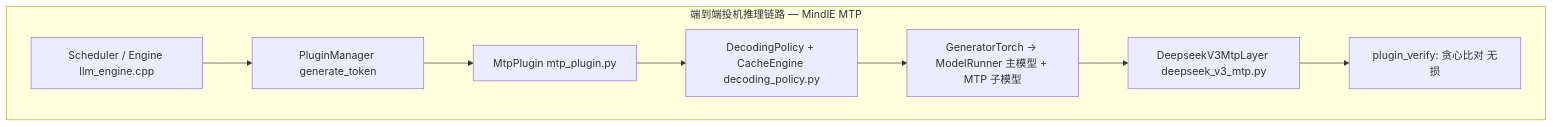
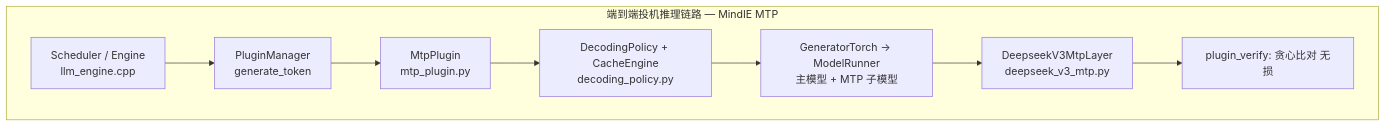
The second of 2 diagrams in docs/topics/speculative-decoding.md (Lyr-GW/interview-docs), drawn with Mermaid before and after one commit. The commit also changed other lines of this file and 3 other files, not shown here.

````diff
--- a/docs/topics/speculative-decoding.md
+++ b/docs/topics/speculative-decoding.md
@@ -39,13 +35,13 @@
 ```mermaid
 flowchart TB
     subgraph MindIE_MTP[端到端投机推理链路 — MindIE MTP]
-        A[Scheduler / Engine llm_engine.cpp]
-        B[PluginManager generate_token]
-        C[MtpPlugin mtp_plugin.py]
-        D[DecodingPolicy + CacheEngine decoding_policy.py]
-        E[GeneratorTorch → ModelRunner 主模型 + MTP 子模型]
-        F[DeepseekV3MtpLayer deepseek_v3_mtp.py]
+        A[Scheduler / Engine<br/>llm_engine.cpp]
+        B[PluginManager<br/>generate_token]
+        C[MtpPlugin<br/>mtp_plugin.py]
+        D[DecodingPolicy + CacheEngine<br/>decoding_policy.py]
+        E[GeneratorTorch → ModelRunner<br/>主模型 + MTP 子模型]
+        F[DeepseekV3MtpLayer<br/>deepseek_v3_mtp.py]
         G[plugin_verify: 贪心比对 无损]
         A --> B --> C --> D --> E --> F --> G
     end
 ```
````
